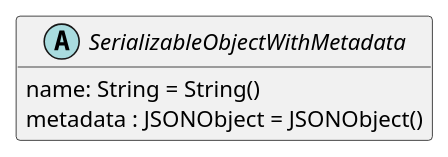
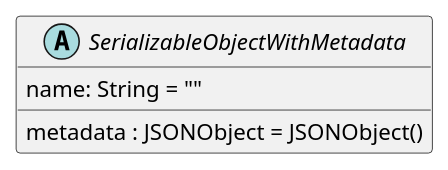
One commit to sandflow/otio-core-specification changed the third of 32 diagrams in src/main/md/otio-core.md. Above: the diagram before and after it, drawn with PlantUML. The commit also changed other lines of this file, not shown here.

````diff
--- a/src/main/md/otio-core.md
+++ b/src/main/md/otio-core.md
@@ -145,12 +143,12 @@
 ```puml
 @startuml
 hide empty members
 skinparam classAttributeIconSize 0
 
 abstract class SerializableObjectWithMetadata {
-  name: String = String()
+  name: String = ""
   metadata : JSONObject = JSONObject()
 }
 
 @enduml
 ```
````
